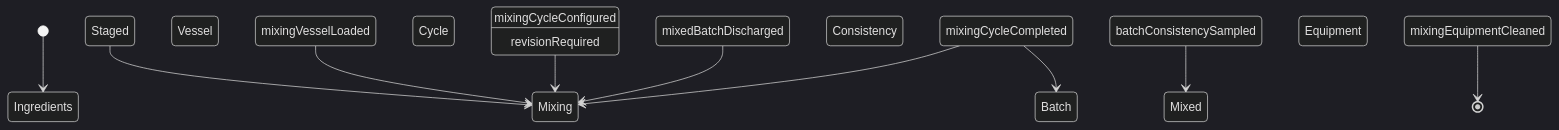
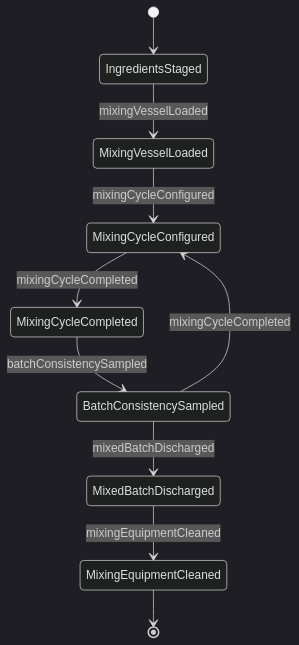
Before and after one commit to dot-org-ai/tasks.org.ai: the second of 4 diagrams in ControllingMachinesAndProcesses/OperateIndustrialProcessingOrProductionEquipment/OperateMixingEquipment.mdx, drawn with Mermaid (dark theme). The commit also changed other lines of this file and 515 other files, not shown here.

````diff
--- a/ControllingMachinesAndProcesses/OperateIndustrialProcessingOrProductionEquipment/OperateMixingEquipment.mdx
+++ b/ControllingMachinesAndProcesses/OperateIndustrialProcessingOrProductionEquipment/OperateMixingEquipment.mdx
@@ -98,12 +98,12 @@
 ```mermaid
 stateDiagram-v2
-    [*] --> Ingredients Staged
-    Ingredients Staged --> Mixing Vessel Loaded : mixingVesselLoaded
-    Mixing Vessel Loaded --> Mixing Cycle Configured : mixingCycleConfigured
-    Mixing Cycle Configured --> Mixing Cycle Completed : mixingCycleCompleted
-    Mixing Cycle Completed --> Batch Consistency Sampled : batchConsistencySampled
-    Batch Consistency Sampled --> Mixed Batch Discharged : mixedBatchDischarged
-    Mixed Batch Discharged --> Mixing Equipment Cleaned : mixingEquipmentCleaned
-    Mixing Cycle Completed --> Mixing Cycle Configured : revisionRequired
-    Mixing Equipment Cleaned --> [*]
+    [*] --> IngredientsStaged
+    IngredientsStaged --> MixingVesselLoaded : mixingVesselLoaded
+    MixingVesselLoaded --> MixingCycleConfigured : mixingCycleConfigured
+    MixingCycleConfigured --> MixingCycleCompleted : mixingCycleCompleted
+    MixingCycleCompleted --> BatchConsistencySampled : batchConsistencySampled
+    BatchConsistencySampled --> MixedBatchDischarged : mixedBatchDischarged
+    MixedBatchDischarged --> MixingEquipmentCleaned : mixingEquipmentCleaned
+    BatchConsistencySampled --> MixingCycleConfigured : mixingCycleCompleted
+    MixingEquipmentCleaned --> [*]
 ```
````
